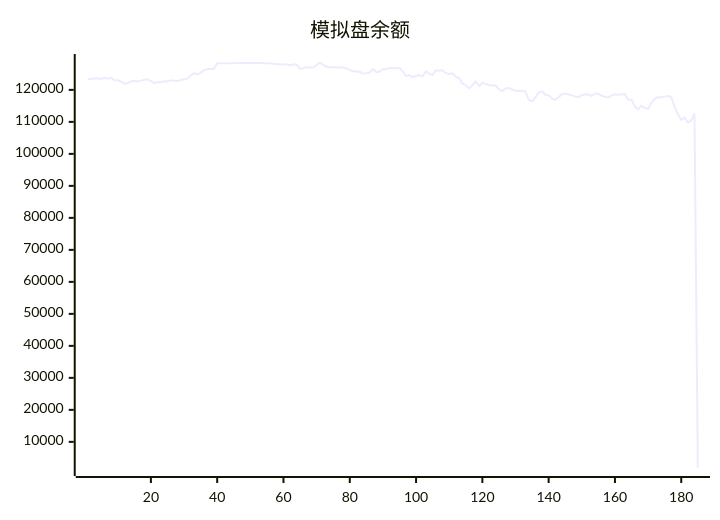
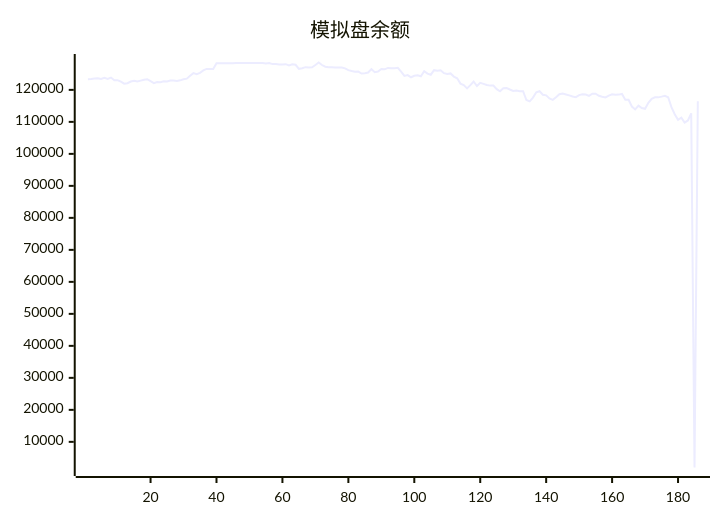
One commit to aahl/ai-trading changed the diagram in README.md. Above: the diagram before and after it, drawn with Mermaid. The commit also changed other lines of this file and 1 other file, not shown here.

````diff
--- a/README.md
+++ b/README.md
@@ -5,5 +5,5 @@
 ```mermaid
 xychart
     title "模拟盘余额"
-    line [123338,123402,123530,123592,123378,123745,123413,123853,123009,123040,122557,121938,122095,122599,122856,122597,122898,123160,123319,122719,122087,122454,122416,122685,122592,122907,122961,122776,122981,123295,123507,124403,125224,124894,125303,126088,126544,126534,126549,128335,128318,128318,128318,128318,128318,128424,128424,128424,128424,128424,128424,128424,128424,128424,128247,128412,128062,128087,127917,127901,128026,127611,128000,127850,126572,126770,127100,126971,127029,127783,128554,127765,127224,127064,127044,127009,127025,127004,126738,126152,125871,125635,125707,125117,125217,125420,126480,125545,125715,126511,126424,126856,126764,126788,126890,125710,124381,124632,123936,124402,124574,124256,125833,125070,124739,126154,125966,126145,125213,124943,125143,124157,123604,121959,121476,120476,121470,122610,121201,122221,121889,121522,121332,121344,120232,119559,120513,120577,120108,119680,119777,119572,119568,116839,116392,117573,119250,119585,118469,118277,117338,116897,117706,118628,118849,118579,118280,117926,117735,118373,118639,118544,118136,118798,118819,118162,117874,117649,118215,118601,118463,118517,118713,116911,116899,114798,113887,115084,114313,114091,115934,117221,117658,117658,117883,118164,117693,114632,112403,110644,111313,109777,110444,112673,1984]
+    line [123338,123402,123530,123592,123378,123745,123413,123853,123009,123040,122557,121938,122095,122599,122856,122597,122898,123160,123319,122719,122087,122454,122416,122685,122592,122907,122961,122776,122981,123295,123507,124403,125224,124894,125303,126088,126544,126534,126549,128335,128318,128318,128318,128318,128318,128424,128424,128424,128424,128424,128424,128424,128424,128424,128247,128412,128062,128087,127917,127901,128026,127611,128000,127850,126572,126770,127100,126971,127029,127783,128554,127765,127224,127064,127044,127009,127025,127004,126738,126152,125871,125635,125707,125117,125217,125420,126480,125545,125715,126511,126424,126856,126764,126788,126890,125710,124381,124632,123936,124402,124574,124256,125833,125070,124739,126154,125966,126145,125213,124943,125143,124157,123604,121959,121476,120476,121470,122610,121201,122221,121889,121522,121332,121344,120232,119559,120513,120577,120108,119680,119777,119572,119568,116839,116392,117573,119250,119585,118469,118277,117338,116897,117706,118628,118849,118579,118280,117926,117735,118373,118639,118544,118136,118798,118819,118162,117874,117649,118215,118601,118463,118517,118713,116911,116899,114798,113887,115084,114313,114091,115934,117221,117658,117658,117883,118164,117693,114632,112403,110644,111313,109777,110444,112673,1984,116419]
 ```
````
